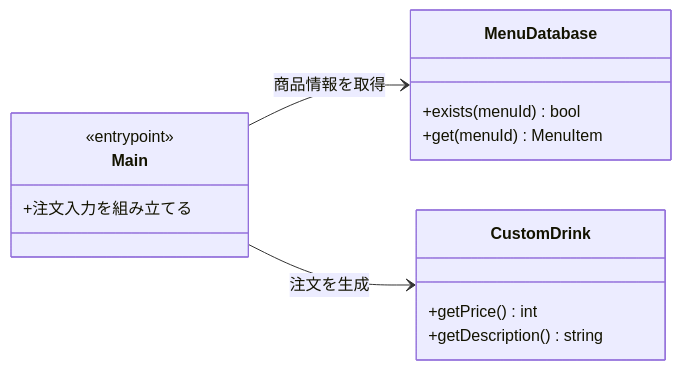
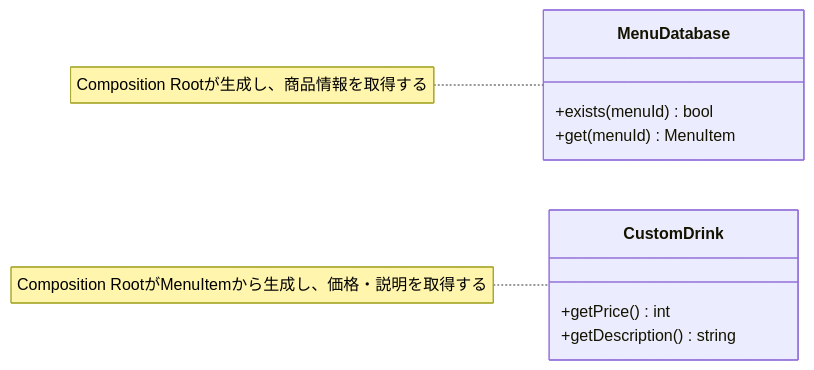
Before and after one commit to kumachan1101-pixel/DesignPattern: the third of 12 diagrams in kindle/design-patterns/output/chapter06.md, drawn with Mermaid. The commit also changed other lines of this file and 21 other files, not shown here.

````diff
--- a/kindle/design-patterns/output/chapter06.md
+++ b/kindle/design-patterns/output/chapter06.md
@@ -156,18 +155,17 @@
 ```mermaid
 classDiagram
     direction LR
-    class Main {
-        <<entrypoint>>
-        +注文入力を組み立てる
-    }
     class MenuDatabase {
         +exists(menuId) bool
         +get(menuId) MenuItem
     }
     class CustomDrink {
         +getPrice() int
         +getDescription() string
     }
-    Main --> MenuDatabase : 商品情報を取得
-    Main --> CustomDrink : 注文を生成
+    note for MenuDatabase "Composition Rootが生成し、商品情報を取得する"
+    note for CustomDrink "Composition RootがMenuItemから生成し、価格・説明を取得する"
+
+    classDef focus fill:#FFF2CC,stroke:#D6B656,stroke-width:2px,color:#222222
+    cssClass "CustomDrink" focus
 ```
````
